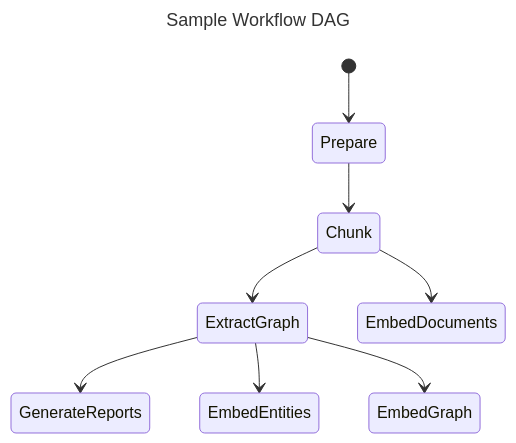
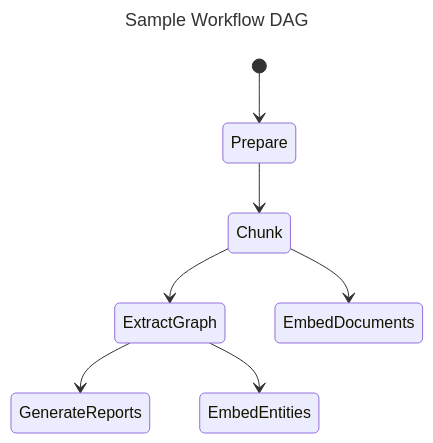
Before and after one commit to microsoft/graphrag: the diagram in docs/index/architecture.md, drawn with Mermaid. The commit also changed 13 other files, not shown here.

Commit message:
Remove graph embedding

````diff
--- a/docs/index/architecture.md
+++ b/docs/index/architecture.md
@@ -15,13 +15,12 @@
 ```mermaid
 ---
 title: Sample Workflow DAG
 ---
 stateDiagram-v2
     [*] --> Prepare
     Prepare --> Chunk
     Chunk --> ExtractGraph
     Chunk --> EmbedDocuments
     ExtractGraph --> GenerateReports
     ExtractGraph --> EmbedEntities
-    ExtractGraph --> EmbedGraph
 ```
````
